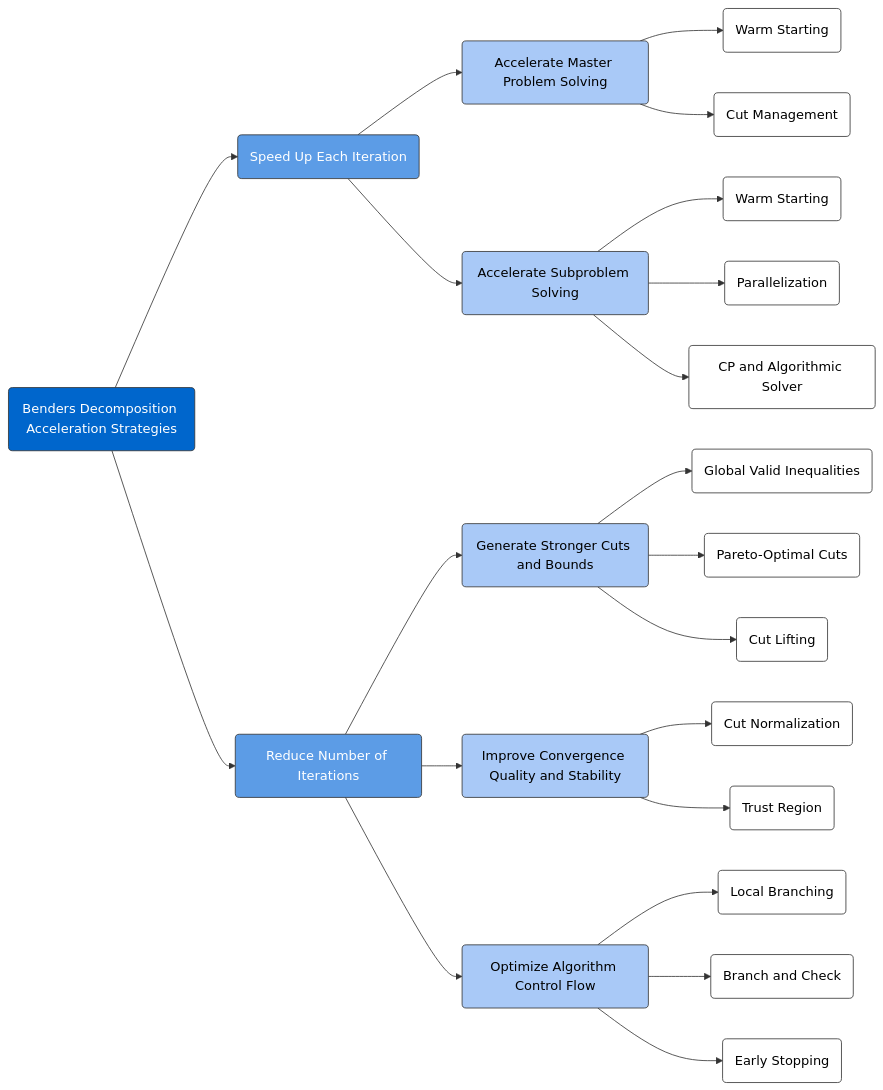
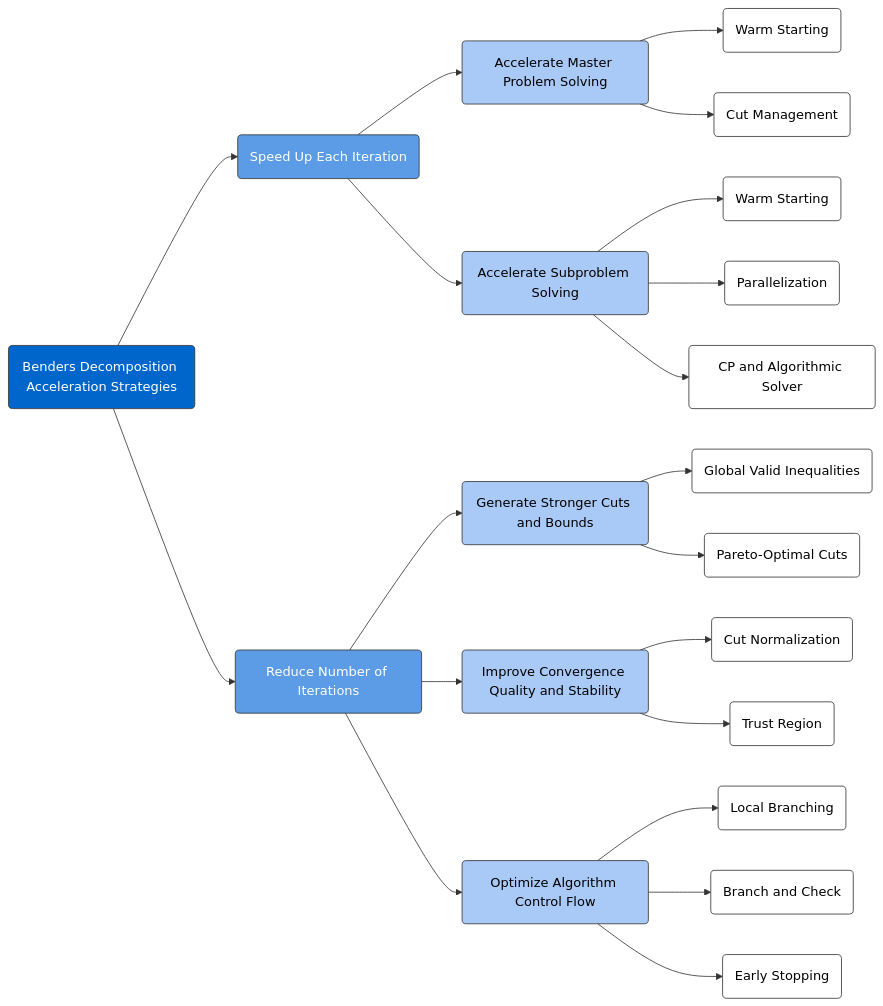
One commit to sharabhshukla/BendersLib changed the diagram in docs/source/tutorials/enhance.rst. Above: the diagram before and after it, drawn with Mermaid. The commit also changed other lines of this file, not shown here.

Commit message:
docs(tutorials): remove cut lifting

```diff
--- a/docs/source/tutorials/enhance.rst
+++ b/docs/source/tutorials/enhance.rst
@@ -10,53 +10,52 @@
 .. mermaid::
    :align: center
    :caption: Benders Decomposition Acceleration Strategies
 
    graph LR
 
        A(Benders Decomposition Acceleration Strategies);
 
        B(Speed Up Each Iteration);
        C(Reduce Number of Iterations);
 
        A --> B;
        A --> C;
 
        B1(Accelerate Master Problem Solving);
        B2(Accelerate Subproblem Solving);
 
        B --> B1;
        B --> B2;
 
        B1 --> B1b(Warm Starting);
        B1 --> B1a(Cut Management);
 
        B2 --> B2d(Warm Starting);
        B2 --> B2a(Parallelization);
        B2 --> B2b(CP and Algorithmic Solver);
 
        C1(Generate Stronger Cuts and Bounds);
        C2(Improve Convergence Quality and Stability);
        C3(Optimize Algorithm Control Flow);
 
        C --> C1;
        C --> C2;
        C --> C3;
 
        C1 --> C1b(Global Valid Inequalities);
        C1 --> C1a(Pareto-Optimal Cuts);
-       C1 --> C1c(Cut Lifting);
        C2 --> C2b(Cut Normalization);
        C2 --> C2a(Trust Region);
        C3 --> C3a(Local Branching);
        C3 --> C3c(Branch and Check);
        C3 --> C3b(Early Stopping);
 
        classDef root fill:#0066CC,stroke:#333,color:#fff;
        classDef mainBranch fill:#5c9ce6,stroke:#333,color:#fff;
        classDef midLevel fill:#a9c9f7,stroke:#333,color:#000;
        classDef leaf fill:#fff,stroke:#333,color:#000;
 
        class A root;
        class B,C mainBranch;
        class B1,B2,C1,C2,C3 midLevel;
-       class B1a,B1b,C3c,B2a,B2b,B2d,C1a,C1b,C1c,C2a,C2b,C3a,C3b leaf;
+       class B1a,B1b,C3c,B2a,B2b,B2d,C1a,C1b,C2a,C2b,C3a,C3b leaf;
```
